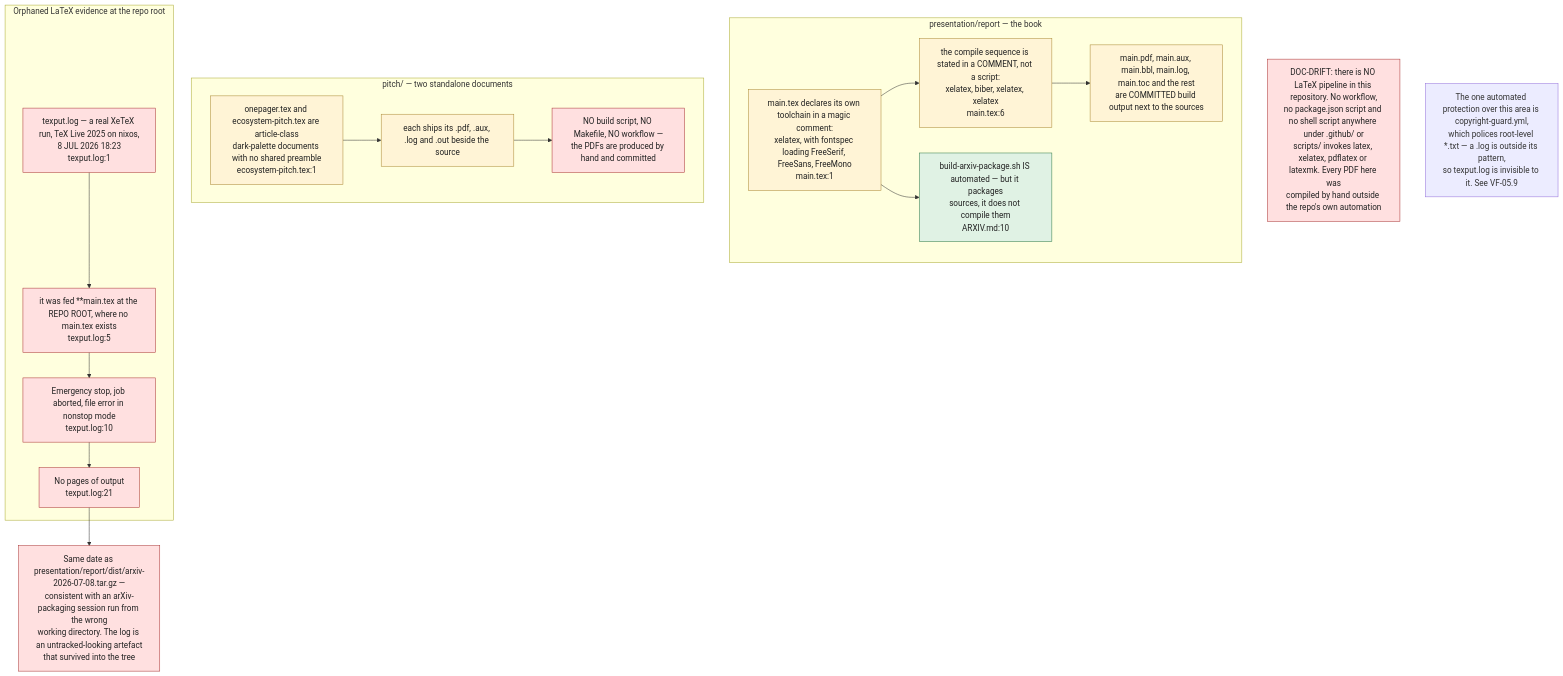
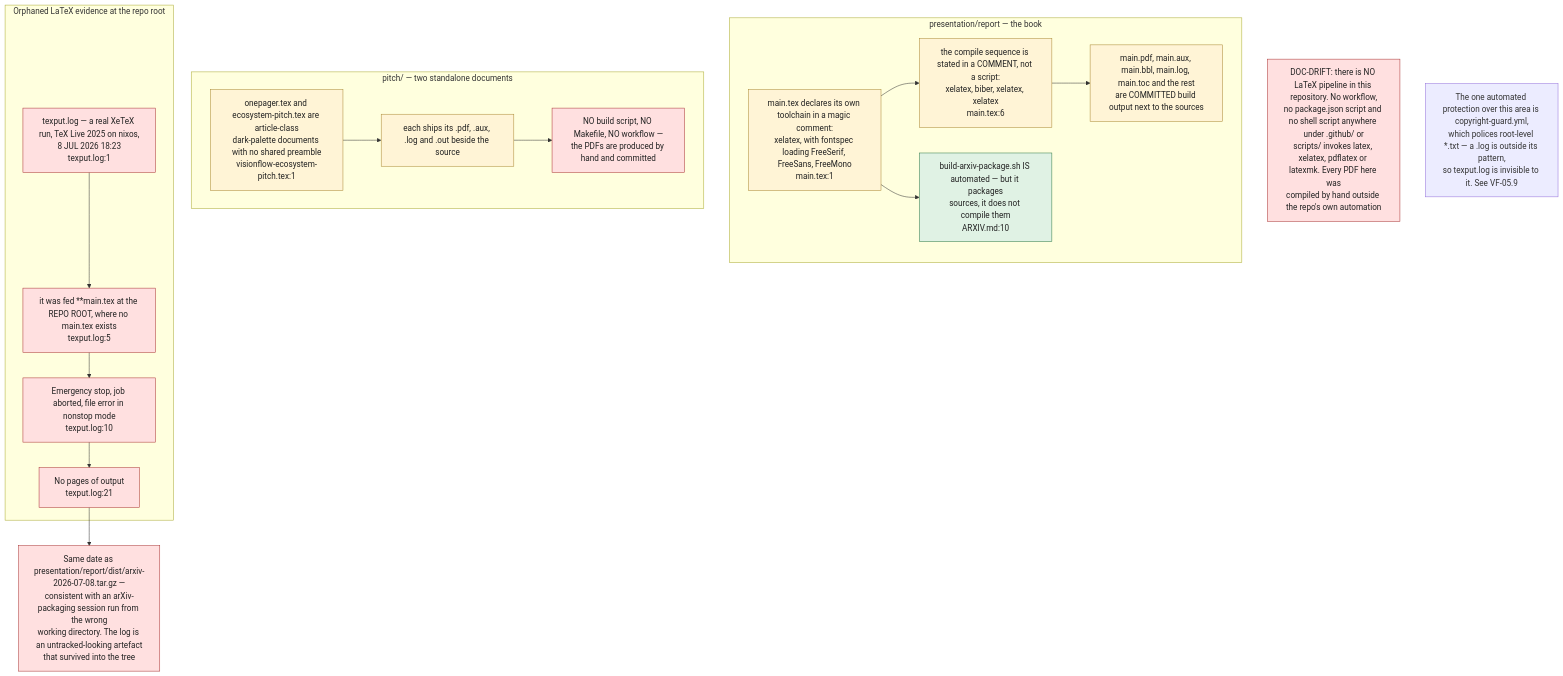
One commit to DreamLab-AI/VisionFlow changed the eighth of 11 diagrams in docs/diagrams/visionflow/07-pitch-presentation-reports.md. Above: the diagram before and after it, drawn with Mermaid. The commit also changed other lines of this file and 185 other files, not shown here.

Commit message:
docs(estate): reconcile diagrams and ADRs with source and define closeout sprint

````diff
--- a/docs/diagrams/visionflow/07-pitch-presentation-reports.md
+++ b/docs/diagrams/visionflow/07-pitch-presentation-reports.md
@@ -321,36 +322,36 @@
 ```mermaid
 flowchart TB
     classDef auto fill:#e0f2e4,stroke:#2f7a45,color:#222
     classDef manual fill:#fff4d6,stroke:#aa8833,color:#222
     classDef orphan fill:#ffe0e0,stroke:#aa3333,color:#222
 
     subgraph BOOK["presentation/report — the book"]
         BT["main.tex declares its own toolchain in a magic comment:<br/>xelatex, with fontspec loading FreeSerif, FreeSans, FreeMono<br/>main.tex:1"]:::manual
         BC["the compile sequence is stated in a COMMENT, not a script:<br/>xelatex, biber, xelatex, xelatex<br/>main.tex:6"]:::manual
         BA["build-arxiv-package.sh IS automated — but it packages<br/>sources, it does not compile them<br/>ARXIV.md:10"]:::auto
         BOUT["main.pdf, main.aux, main.bbl, main.log, main.toc and the rest<br/>are COMMITTED build output next to the sources"]:::manual
         BT --> BC --> BOUT
         BT --> BA
     end
 
     subgraph PITCH["pitch/ — two standalone documents"]
-        PT["onepager.tex and ecosystem-pitch.tex are article-class<br/>dark-palette documents with no shared preamble<br/>ecosystem-pitch.tex:1"]:::manual
+        PT["onepager.tex and ecosystem-pitch.tex are article-class<br/>dark-palette documents with no shared preamble<br/>visionflow-ecosystem-pitch.tex:1"]:::manual
         PO["each ships its .pdf, .aux, .log and .out beside the source"]:::manual
         PN["NO build script, NO Makefile, NO workflow —<br/>the PDFs are produced by hand and committed"]:::orphan
         PT --> PO --> PN
     end
 
     subgraph ORPH["Orphaned LaTeX evidence at the repo root"]
         T1["texput.log — a real XeTeX run, TeX Live 2025 on nixos,<br/>8 JUL 2026 18:23<br/>texput.log:1"]:::orphan
         T2["it was fed **main.tex at the REPO ROOT, where no main.tex exists<br/>texput.log:5"]:::orphan
         T3["Emergency stop, job aborted, file error in nonstop mode<br/>texput.log:10"]:::orphan
         T4["No pages of output<br/>texput.log:21"]:::orphan
         T1 --> T2 --> T3 --> T4
     end
 
     T4 --> DATE["Same date as presentation/report/dist/arxiv-2026-07-08.tar.gz —<br/>consistent with an arXiv-packaging session run from the wrong<br/>working directory. The log is an untracked-looking artefact<br/>that survived into the tree"]:::orphan
 
     VERD["DOC-DRIFT: there is NO LaTeX pipeline in this repository. No workflow,<br/>no package.json script and no shell script anywhere under .github/ or<br/>scripts/ invokes latex, xelatex, pdflatex or latexmk. Every PDF here was<br/>compiled by hand outside the repo's own automation"]:::orphan
 
     GUARD["The one automated protection over this area is copyright-guard.yml,<br/>which polices root-level *.txt — a .log is outside its pattern,<br/>so texput.log is invisible to it. See VF-05.9"]
 ```
````
